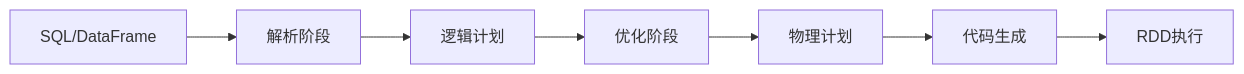
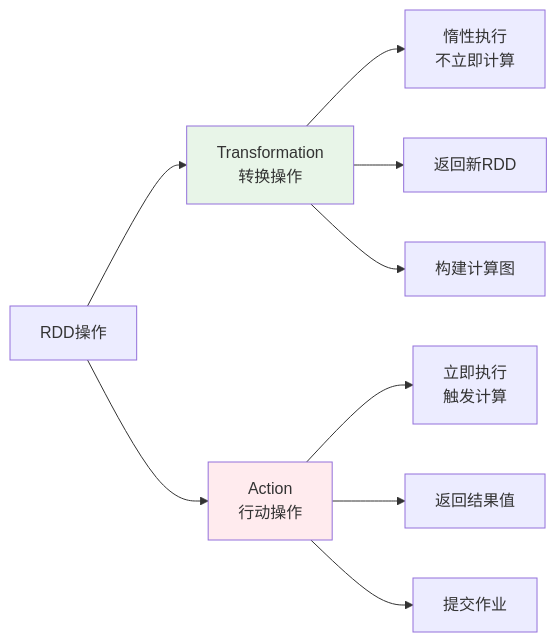
One commit to ralph-wren/TechStack-Handbook changed the fourth of 24 diagrams in 12.spark.md. Above: the diagram before and after it, drawn with Mermaid. The commit also changed other lines of this file and 1 other file, not shown here.

````diff
--- a/12.spark.md
+++ b/12.spark.md
@@ -321,9 +528,16 @@
 ```mermaid
 graph LR
-    A[SQL/DataFrame] --> B[解析阶段]
-    B --> C[逻辑计划]
-    C --> D[优化阶段]
-    D --> E[物理计划]
-    E --> F[代码生成]
-    F --> G[RDD执行]
+    A[RDD操作] --> B[Transformation<br/>转换操作]
+    A --> C[Action<br/>行动操作]
+    
+    B --> D[惰性执行<br/>不立即计算]
+    B --> E[返回新RDD]
+    B --> F[构建计算图]
+    
+    C --> G[立即执行<br/>触发计算]
+    C --> H[返回结果值]
+    C --> I[提交作业]
+    
+    style B fill:#e8f5e8
+    style C fill:#ffebee
 ```
````
